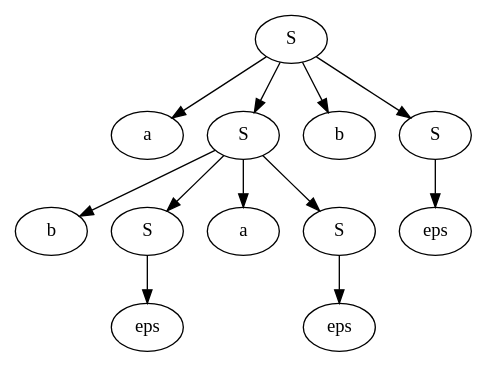
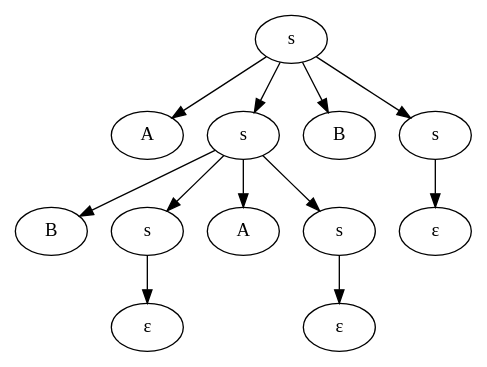
One commit to karlstroetmann/Formal-Languages changed the diagram in Lecture-Notes/Abbildungen/ambiguous-b.dot. Above: the diagram before and after it, drawn with Graphviz. The commit also changed 12 other files, not shown here.

```diff
--- a/Lecture-Notes/Abbildungen/ambiguous-b.dot
+++ b/Lecture-Notes/Abbildungen/ambiguous-b.dot
@@ -1,30 +1,30 @@
 digraph G {    
     1 -> 2;
     1 -> 3;
     1 -> 4;
     1 -> 5;
 
     3 -> 6;
     3 -> 7;
     3 -> 8;
     3 -> 9;
 
     5 -> 10;
 
     7 -> 11;
 
     9 -> 12;
 
-    1 [label="S"];
-    2 [label="a"];
-    3 [label="S"];
-    4 [label="b"];
-    5 [label="S"];
-    6 [label="b"];
-    7 [label="S"];
-    8 [label="a"];
-    9 [label="S"];
-   10 [label="eps"];
-   11 [label="eps"];
-   12 [label="eps"];
+    1 [label="s"];
+    2 [label="A"];
+    3 [label="s"];
+    4 [label="B"];
+    5 [label="s"];
+    6 [label="B"];
+    7 [label="s"];
+    8 [label="A"];
+    9 [label="s"];
+   10 [label="&epsilon;"];
+   11 [label="&epsilon;"];
+   12 [label="&epsilon;"];
 }
```
